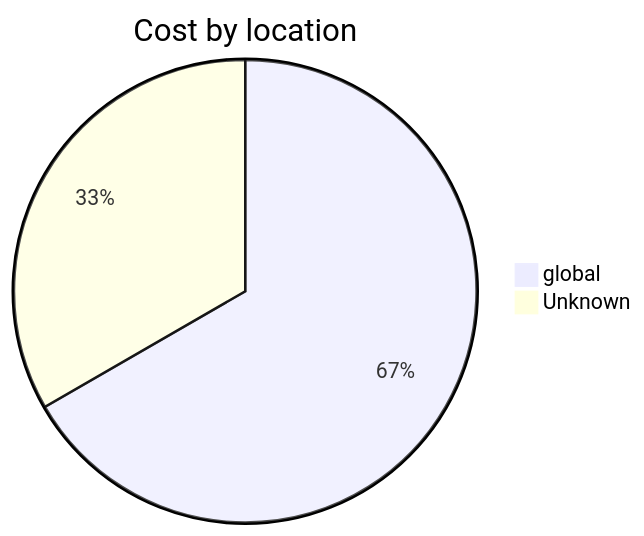
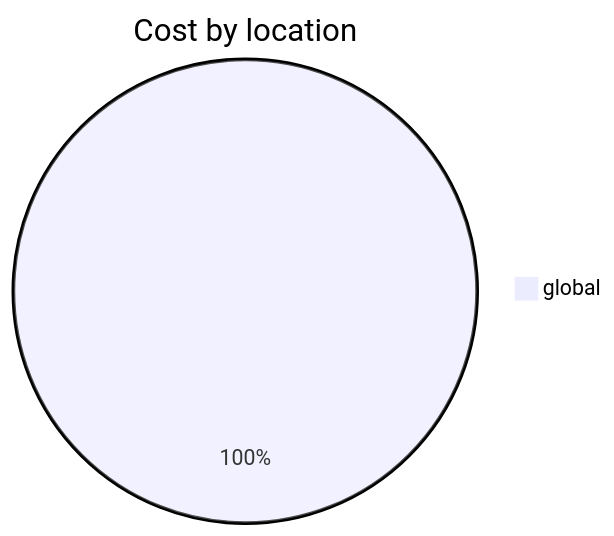
The third of 4 diagrams in cost-reports/personal-dns/jpatrickfulton.dev.md (jpfulton/azure-personal-reports), drawn with Mermaid before and after one commit. The commit also changed other lines of this file and 2 other files, not shown here.

````diff
--- a/cost-reports/personal-dns/jpatrickfulton.dev.md
+++ b/cost-reports/personal-dns/jpatrickfulton.dev.md
@@ -108,6 +107,5 @@
 ```mermaid
 pie
    title Cost by location
-   "global" : 0.30
-   "Unknown" : 0.15
+   "global" : 0.46
 ```
````
